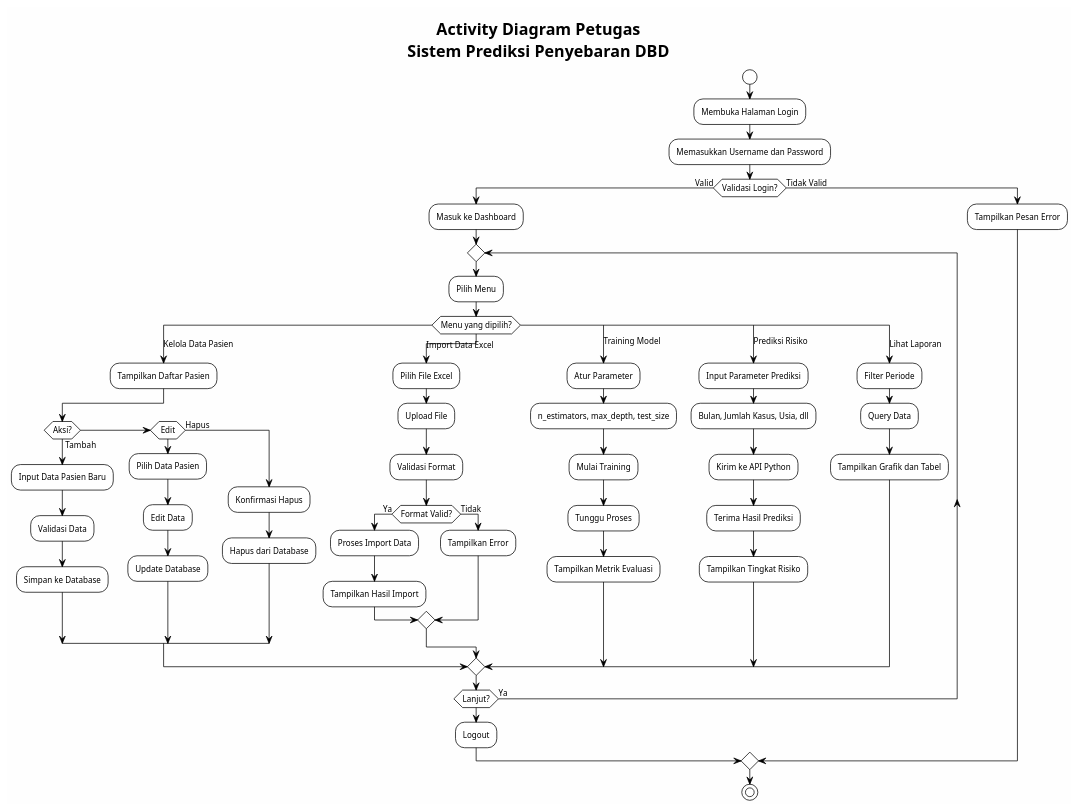
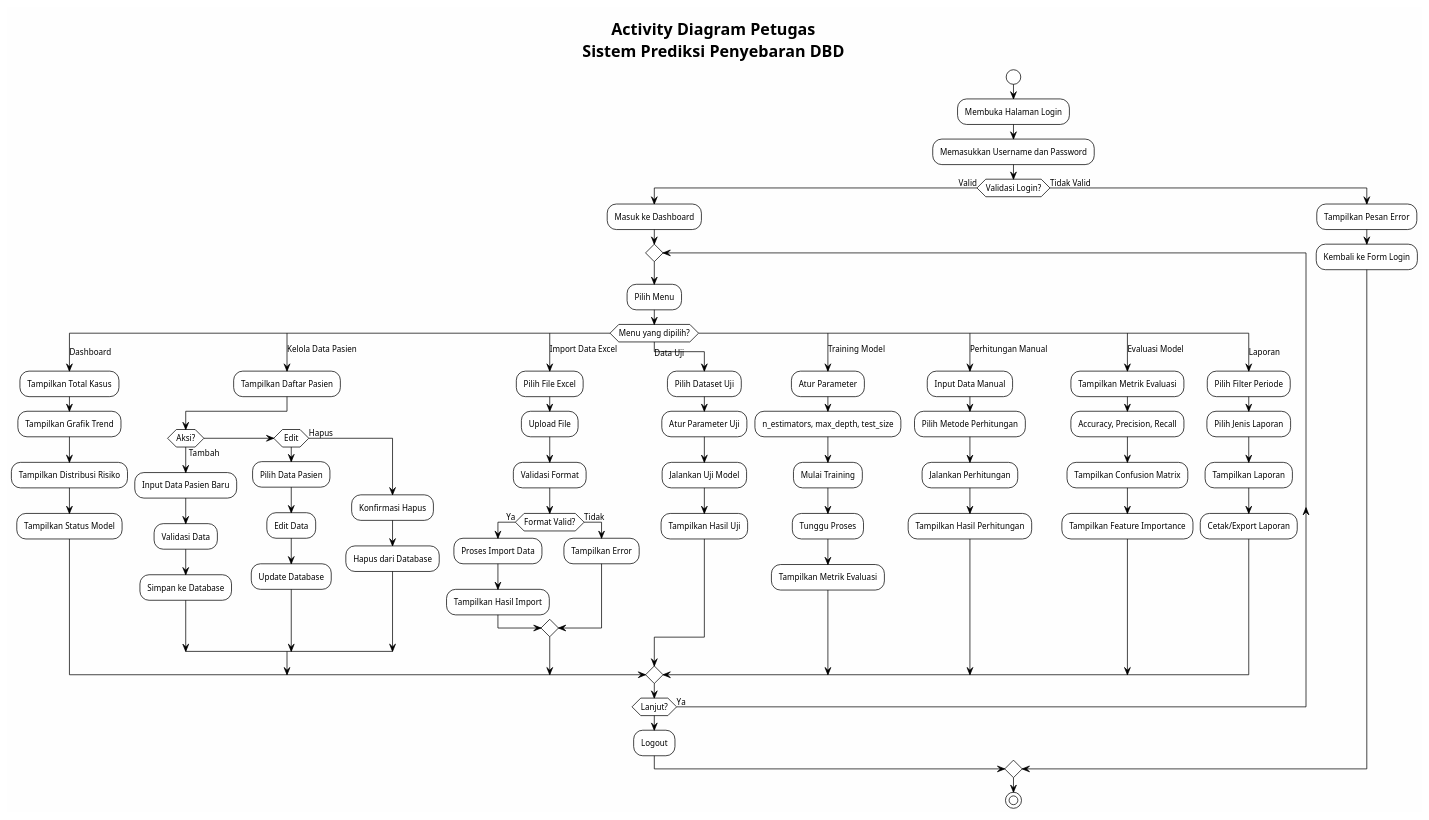
Before and after one commit to Suwardi87/prediksi-DBD: the diagram in Dokumen/UML/activity_diagram_petugas.puml, drawn with PlantUML. The commit also changed 43 other files, not shown here.

```diff
--- a/Dokumen/UML/activity_diagram_petugas.puml
+++ b/Dokumen/UML/activity_diagram_petugas.puml
@@ -1,78 +1,97 @@
 @startuml activity_diagram_petugas
 !theme plain
 skinparam backgroundColor #FEFEFE
 skinparam activityFontSize 11
 
 title Activity Diagram Petugas\nSistem Prediksi Penyebaran DBD
 
 start
 
 :Membuka Halaman Login;
 
 :Memasukkan Username dan Password;
 
 if (Validasi Login?) then (Valid)
     :Masuk ke Dashboard;
     
     repeat
         :Pilih Menu;
         
         switch (Menu yang dipilih?)
+        case (Dashboard)
+            :Tampilkan Total Kasus;
+            :Tampilkan Grafik Trend;
+            :Tampilkan Distribusi Risiko;
+            :Tampilkan Status Model;
+            
         case (Kelola Data Pasien)
             :Tampilkan Daftar Pasien;
             if (Aksi?) then (Tambah)
                 :Input Data Pasien Baru;
                 :Validasi Data;
                 :Simpan ke Database;
             elseif (Edit) then
                 :Pilih Data Pasien;
                 :Edit Data;
                 :Update Database;
             else (Hapus)
                 :Konfirmasi Hapus;
                 :Hapus dari Database;
             endif
             
         case (Import Data Excel)
             :Pilih File Excel;
             :Upload File;
             :Validasi Format;
             if (Format Valid?) then (Ya)
                 :Proses Import Data;
                 :Tampilkan Hasil Import;
             else (Tidak)
                 :Tampilkan Error;
             endif
             
+        case (Data Uji)
+            :Pilih Dataset Uji;
+            :Atur Parameter Uji;
+            :Jalankan Uji Model;
+            :Tampilkan Hasil Uji;
+            
         case (Training Model)
             :Atur Parameter;
             :n_estimators, max_depth, test_size;
             :Mulai Training;
             :Tunggu Proses;
             :Tampilkan Metrik Evaluasi;
             
-        case (Prediksi Risiko)
-            :Input Parameter Prediksi;
-            :Bulan, Jumlah Kasus, Usia, dll;
-            :Kirim ke API Python;
-            :Terima Hasil Prediksi;
-            :Tampilkan Tingkat Risiko;
+        case (Perhitungan Manual)
+            :Input Data Manual;
+            :Pilih Metode Perhitungan;
+            :Jalankan Perhitungan;
+            :Tampilkan Hasil Perhitungan;
             
-        case (Lihat Laporan)
-            :Filter Periode;
-            :Query Data;
-            :Tampilkan Grafik dan Tabel;
+        case (Evaluasi Model)
+            :Tampilkan Metrik Evaluasi;
+            :Accuracy, Precision, Recall;
+            :Tampilkan Confusion Matrix;
+            :Tampilkan Feature Importance;
+            
+        case (Laporan)
+            :Pilih Filter Periode;
+            :Pilih Jenis Laporan;
+            :Tampilkan Laporan;
+            :Cetak/Export Laporan;
             
         endswitch
         
     repeat while (Lanjut?) is (Ya)
 
     :Logout;
     
 else (Tidak Valid)
     :Tampilkan Pesan Error;
+    :Kembali ke Form Login;
 endif
 
 stop
 
 @enduml
```
